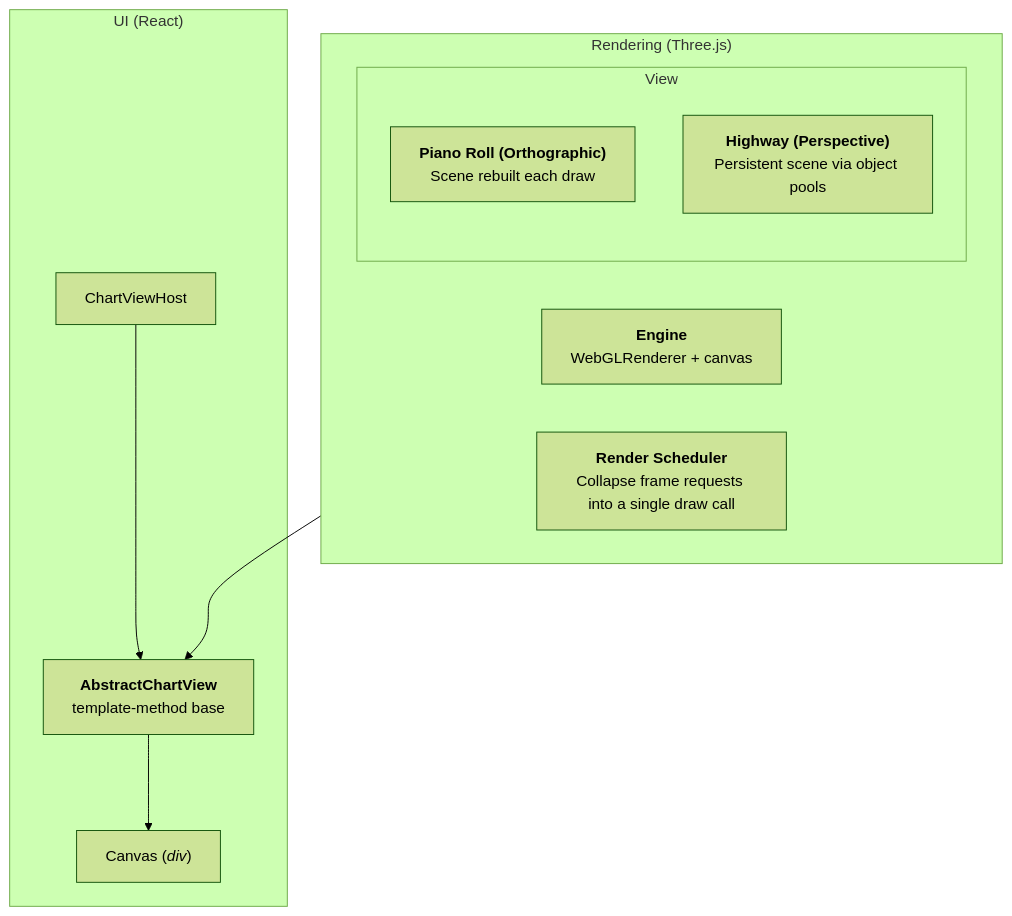
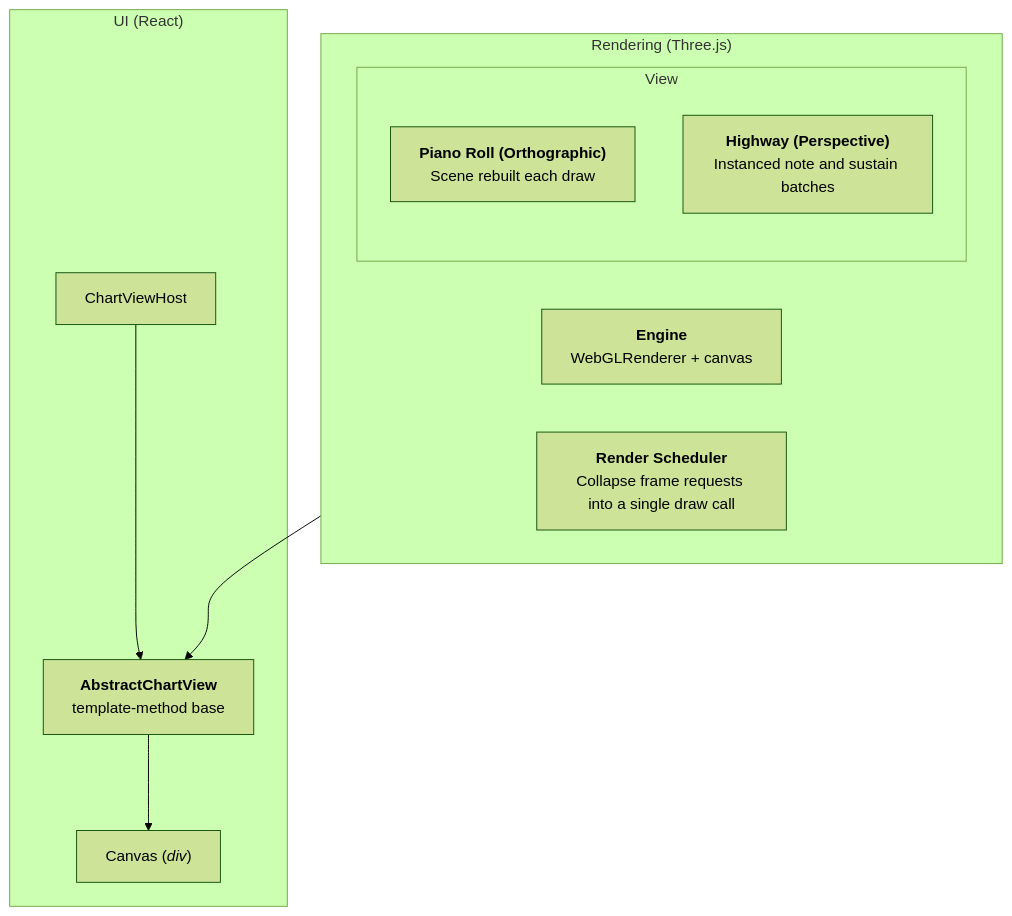
Before and after one commit to thomascswalker/openchart: the diagram in docs/rendering.md, drawn with Mermaid (forest theme). The commit also changed other lines of this file and 13 other files, not shown here.

````diff
--- a/docs/rendering.md
+++ b/docs/rendering.md
@@ -9,19 +9,19 @@
 ```mermaid
 graph TD
     subgraph UI["UI (React)"]
         HOSTC["ChartViewHost"] ---> ACV
         ACV ---> CANVAS["`Canvas (_div_)`"]
     end
  
     subgraph RENDER["Rendering  (Three.js)"]
         ACV["<b>AbstractChartView</b><br/>template-method base"]
         ENG["<b>Engine</b><br/>WebGLRenderer + canvas"]
         SCHED["<b>Render Scheduler</b><br/>Collapse frame requests into a single draw call"]
         subgraph VIEW["View"]
           PRR["<b>Piano Roll (Orthographic)</b><br/>Scene rebuilt each draw"]
-          HWR["<b>Highway (Perspective)</b><br/>Persistent scene via object pools"]
+          HWR["<b>Highway (Perspective)</b><br/>Instanced note and sustain batches"]
         end
     end
  
     RENDER ---> ACV
 ```
````
